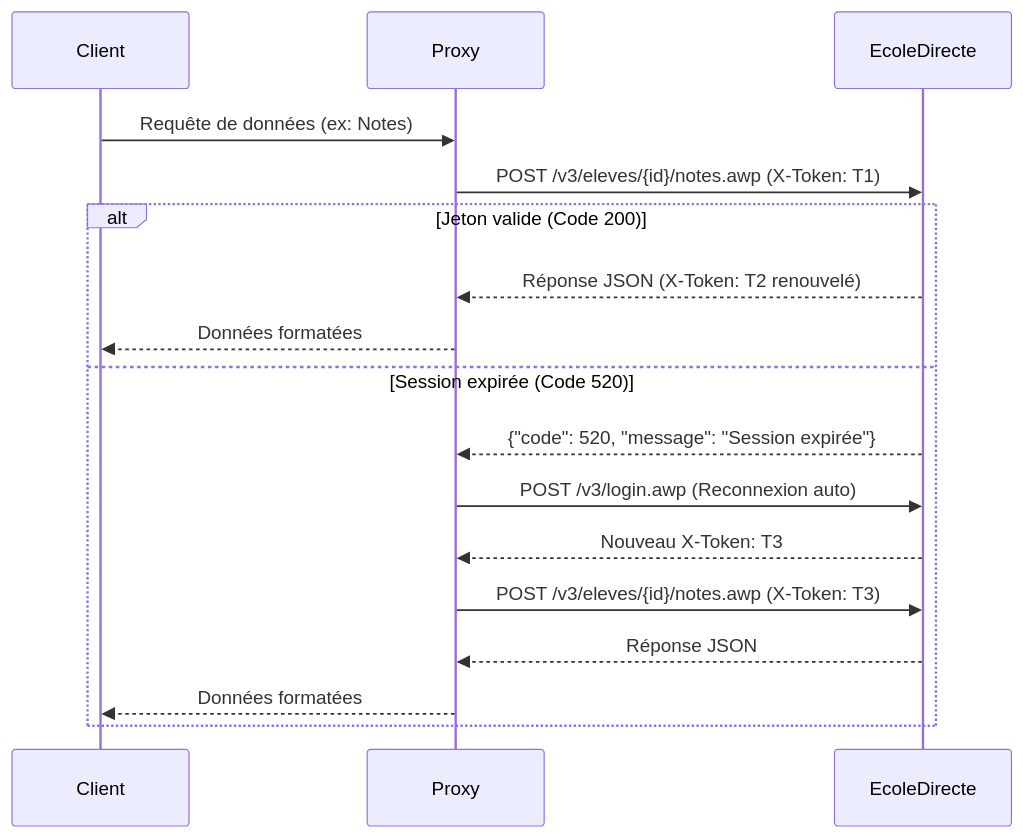
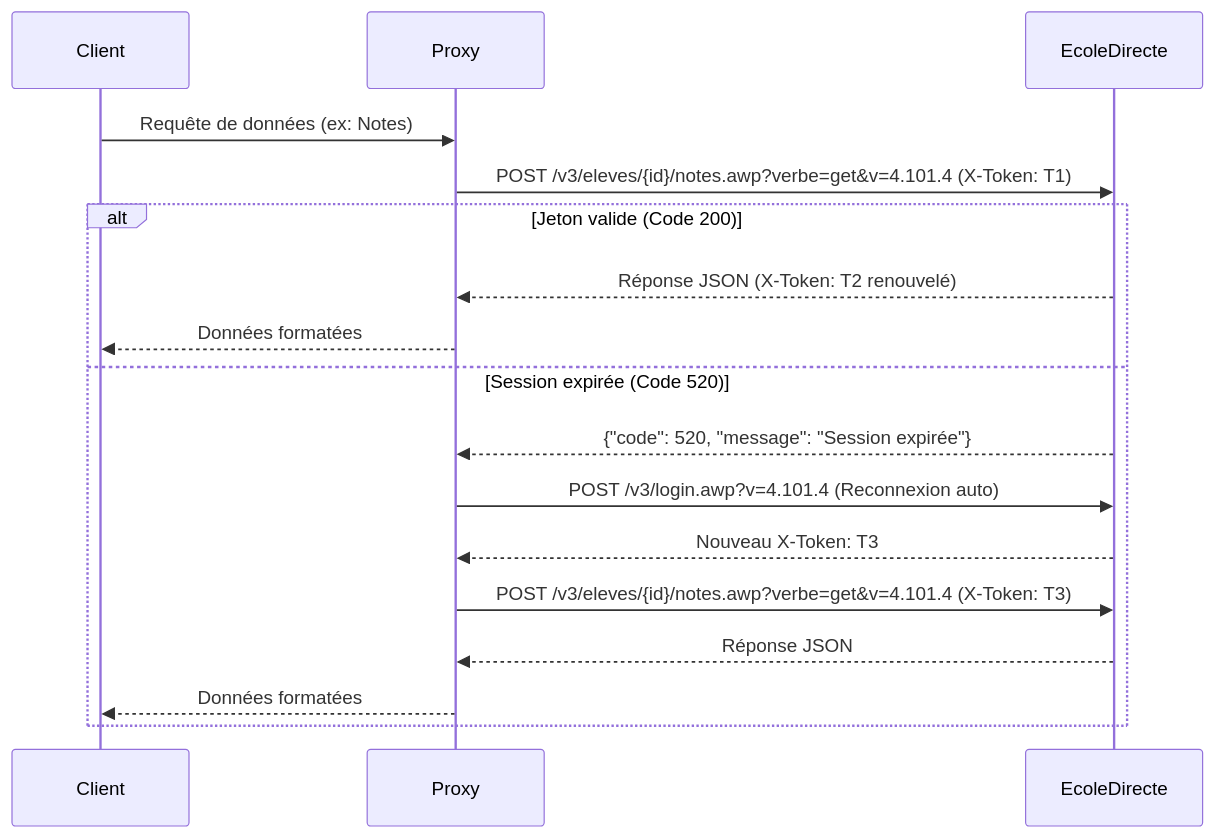
One commit to RenanYhuel/ecoledirecte-board changed the diagram in docs/01-architecture-et-authentification.md. Above: the diagram before and after it, drawn with Mermaid. The commit also changed other lines of this file and 6 other files, not shown here.

````diff
--- a/docs/01-architecture-et-authentification.md
+++ b/docs/01-architecture-et-authentification.md
@@ -132,20 +138,20 @@
 ```mermaid
 sequenceDiagram
     participant Client
     participant Proxy
     participant EcoleDirecte
 
     Client->>Proxy: Requête de données (ex: Notes)
-    Proxy->>EcoleDirecte: POST /v3/eleves/{id}/notes.awp (X-Token: T1)
+    Proxy->>EcoleDirecte: POST /v3/eleves/{id}/notes.awp?verbe=get&v=4.101.4 (X-Token: T1)
     alt Jeton valide (Code 200)
         EcoleDirecte-->>Proxy: Réponse JSON (X-Token: T2 renouvelé)
         Proxy-->>Client: Données formatées
     else Session expirée (Code 520)
         EcoleDirecte-->>Proxy: {"code": 520, "message": "Session expirée"}
-        Proxy->>EcoleDirecte: POST /v3/login.awp (Reconnexion auto)
+        Proxy->>EcoleDirecte: POST /v3/login.awp?v=4.101.4 (Reconnexion auto)
         EcoleDirecte-->>Proxy: Nouveau X-Token: T3
-        Proxy->>EcoleDirecte: POST /v3/eleves/{id}/notes.awp (X-Token: T3)
+        Proxy->>EcoleDirecte: POST /v3/eleves/{id}/notes.awp?verbe=get&v=4.101.4 (X-Token: T3)
         EcoleDirecte-->>Proxy: Réponse JSON
         Proxy-->>Client: Données formatées
     end
 ```
````
